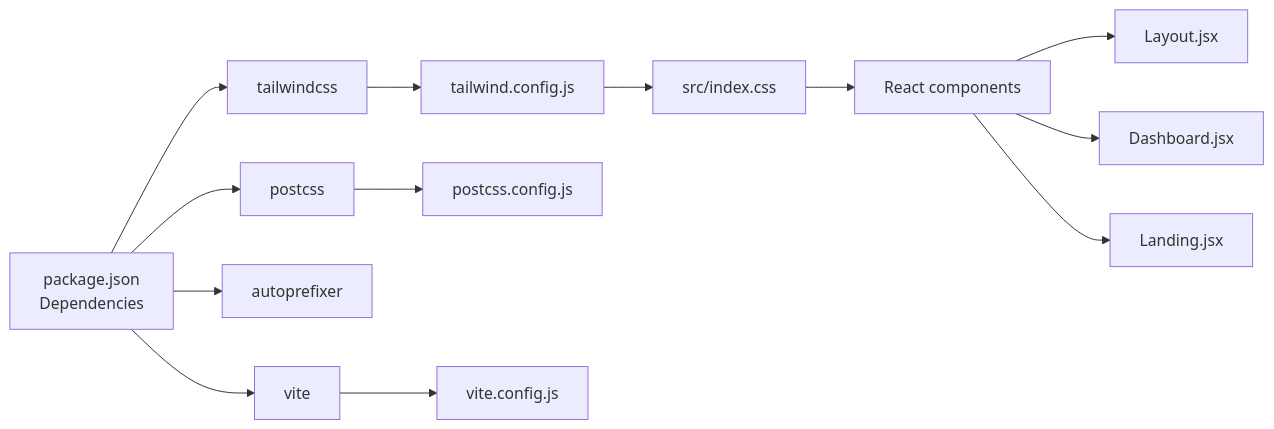
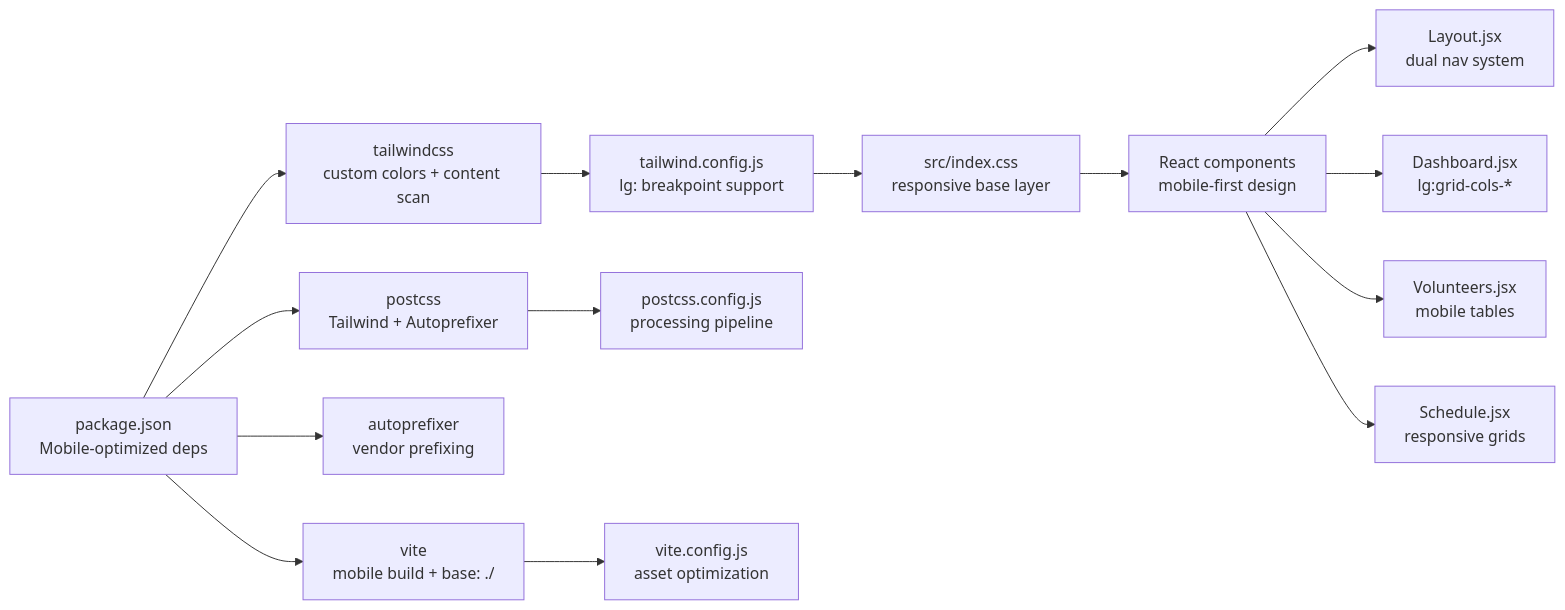
Before and after one commit to netdaniel/serveflow: the fourth of 4 diagrams in .qoder/repowiki/en/content/Mobile & Web Deployment/Responsive Design & Mobile Optimization.md, drawn with Mermaid. The commit also changed other lines of this file and 12 other files, not shown here.

````diff
--- a/.qoder/repowiki/en/content/Mobile & Web Deployment/Responsive Design & Mobile Optimization.md
+++ b/.qoder/repowiki/en/content/Mobile & Web Deployment/Responsive Design & Mobile Optimization.md
@@ -275,15 +355,16 @@
 ```mermaid
 graph LR
-Pkg["package.json<br/>Dependencies"] --> TW["tailwindcss"]
-Pkg --> PCSS["postcss"]
-Pkg --> AP["autoprefixer"]
-Pkg --> VR["vite"]
-TW --> CFG["tailwind.config.js"]
-PCSS --> PCFG["postcss.config.js"]
-VR --> VCFG["vite.config.js"]
-CFG --> CSS["src/index.css"]
-CSS --> APP["React components"]
-APP --> LYT["Layout.jsx"]
-APP --> DSH["Dashboard.jsx"]
-APP --> LND["Landing.jsx"]
+Pkg["package.json<br/>Mobile-optimized deps"] --> TW["tailwindcss<br/>custom colors + content scan"]
+Pkg --> PCSS["postcss<br/>Tailwind + Autoprefixer"]
+Pkg --> AP["autoprefixer<br/>vendor prefixing"]
+Pkg --> VR["vite<br/>mobile build + base: ./"]
+TW --> CFG["tailwind.config.js<br/>lg: breakpoint support"]
+PCSS --> PCFG["postcss.config.js<br/>processing pipeline"]
+VR --> VCFG["vite.config.js<br/>asset optimization"]
+CFG --> CSS["src/index.css<br/>responsive base layer"]
+CSS --> APP["React components<br/>mobile-first design"]
+APP --> LYT["Layout.jsx<br/>dual nav system"]
+APP --> DSH["Dashboard.jsx<br/>lg:grid-cols-*"]
+APP --> VOL["Volunteers.jsx<br/>mobile tables"]
+APP --> SCH["Schedule.jsx<br/>responsive grids"]
 ```
````
